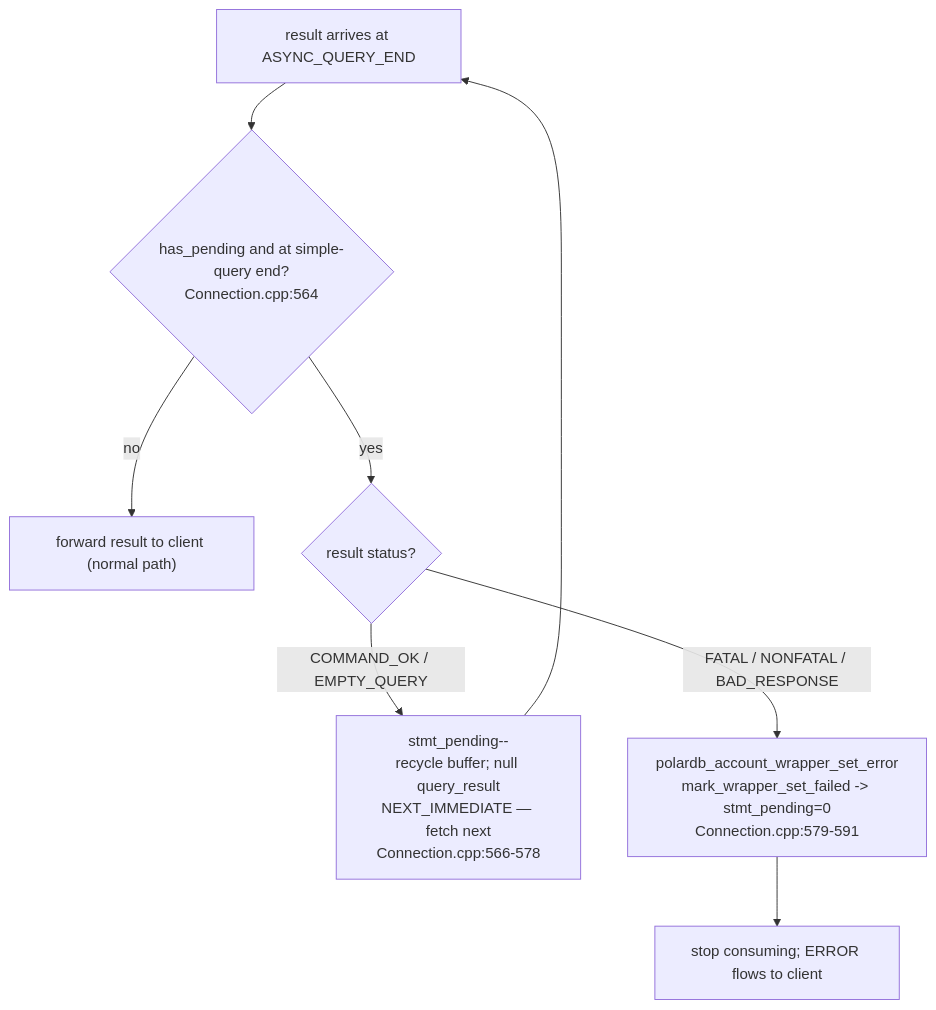
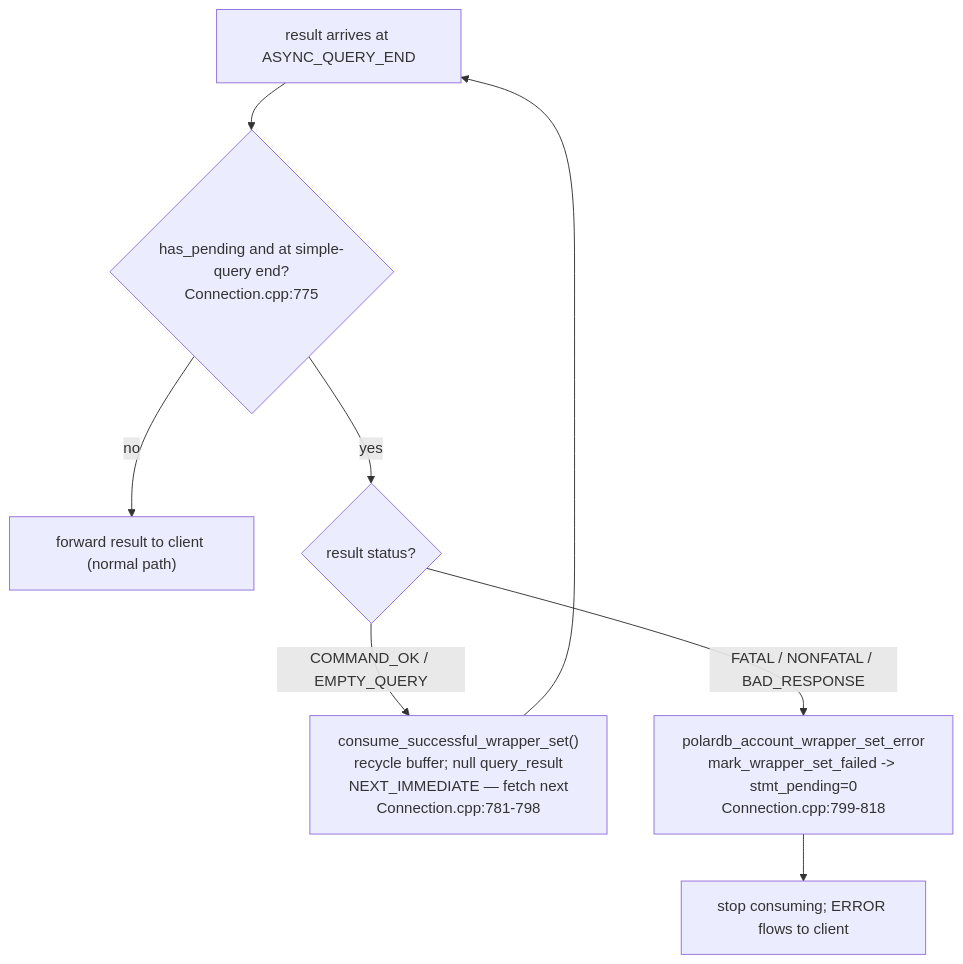
The fourth of 4 diagrams in doc/polardb-arch/07-QUERY-WRAPPING.md (awide-labs/polar-proxy), drawn with Mermaid before and after one commit. The commit also changed other lines of this file and 21 other files, not shown here.

````diff
--- a/doc/polardb-arch/07-QUERY-WRAPPING.md
+++ b/doc/polardb-arch/07-QUERY-WRAPPING.md
@@ -497,10 +490,10 @@
 ```mermaid
 flowchart TD
-    A["result arrives at ASYNC_QUERY_END"] --> B{"has_pending and at simple-query end?<br/>Connection.cpp:564"}
+    A["result arrives at ASYNC_QUERY_END"] --> B{"has_pending and at simple-query end?<br/>Connection.cpp:775"}
     B -- no --> Z["forward result to client (normal path)"]
     B -- yes --> C{"result status?"}
-    C -- "COMMAND_OK / EMPTY_QUERY" --> D["stmt_pending--<br/>recycle buffer; null query_result<br/>NEXT_IMMEDIATE — fetch next<br/>Connection.cpp:566-578"]
+    C -- "COMMAND_OK / EMPTY_QUERY" --> D["consume_successful_wrapper_set()<br/>recycle buffer; null query_result<br/>NEXT_IMMEDIATE — fetch next<br/>Connection.cpp:781-798"]
     D --> A
-    C -- "FATAL / NONFATAL / BAD_RESPONSE" --> E["polardb_account_wrapper_set_error<br/>mark_wrapper_set_failed -> stmt_pending=0<br/>Connection.cpp:579-591"]
+    C -- "FATAL / NONFATAL / BAD_RESPONSE" --> E["polardb_account_wrapper_set_error<br/>mark_wrapper_set_failed -> stmt_pending=0<br/>Connection.cpp:799-818"]
     E --> Z2["stop consuming; ERROR flows to client"]
 ```
````
